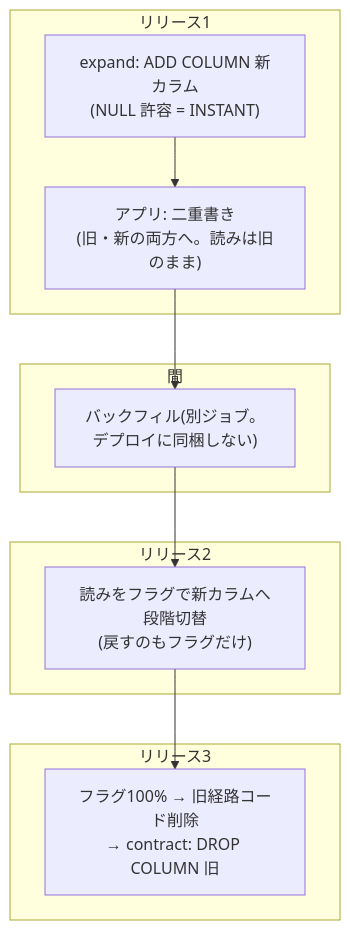
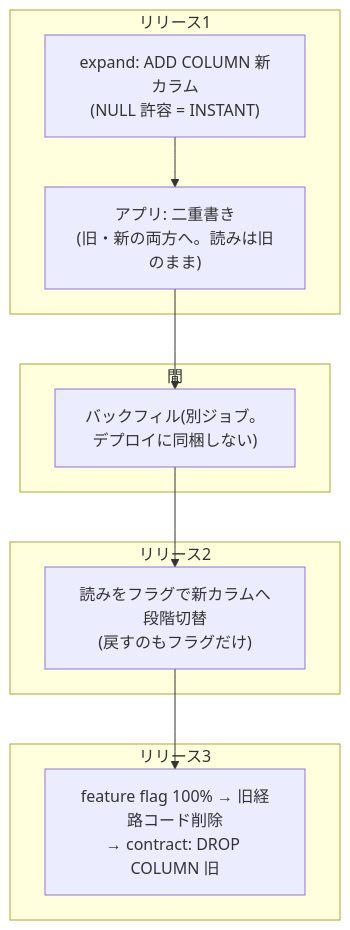
One commit to rikukaInoue/rikukadev changed the third of 3 diagrams in src/content/blog/progressive-delivery-app-vs-db.mdx. Above: the diagram before and after it, drawn with Mermaid. The commit also changed other lines of this file and 5 other files, not shown here.

First line of the commit message:
列挙と図の並びは英語に統一。用語表に近い語(exactly-once・rolling update・SLI/SLO/SLA 等)を足す

````diff
--- a/src/content/blog/progressive-delivery-app-vs-db.mdx
+++ b/src/content/blog/progressive-delivery-app-vs-db.mdx
@@ -130,16 +130,16 @@
 ```mermaid
 graph TB
     subgraph リリース1
         R1D["expand: ADD COLUMN 新カラム<br/>(NULL 許容 = INSTANT)"] --> R1A["アプリ: 二重書き<br/>(旧・新の両方へ。読みは旧のまま)"]
     end
     subgraph 間
         BF["バックフィル(別ジョブ。<br/>デプロイに同梱しない)"]
     end
     subgraph リリース2
         R2["読みをフラグで新カラムへ段階切替<br/>(戻すのもフラグだけ)"]
     end
     subgraph リリース3
-        R3["フラグ100% → 旧経路コード削除<br/>→ contract: DROP COLUMN 旧"]
+        R3["feature flag 100% → 旧経路コード削除<br/>→ contract: DROP COLUMN 旧"]
     end
     R1A --> BF --> R2 --> R3
 ```
````
